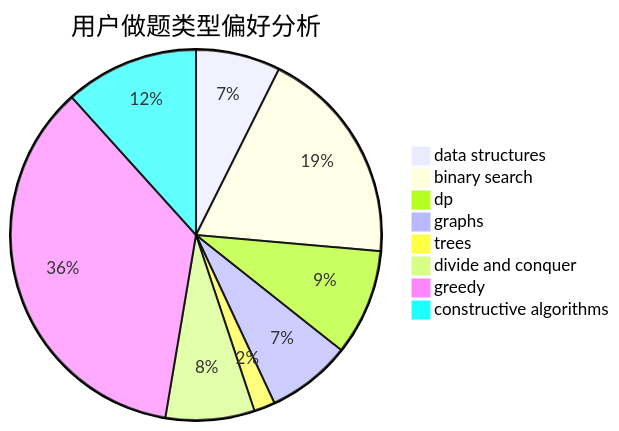
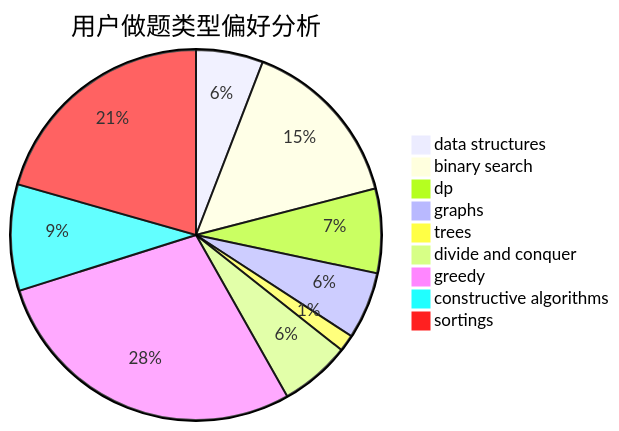
The second of 3 diagrams in docs/user/u587.md (sherpahu/cfrs.github.io), drawn with Mermaid before and after one commit. The commit also changed other lines of this file and 2769 other files, not shown here.

````diff
--- a/docs/user/u587.md
+++ b/docs/user/u587.md
@@ -23,11 +18,12 @@
 ```mermaid
 pie title 用户做题类型偏好分析
     "data structures" :  156
     "binary search" :  402
     "dp" :  196
     "graphs" :  156
     "trees" :  39
     "divide and conquer" :  164
     "greedy" :  754
     "constructive algorithms" :  247
+    "sortings" :  548
 ```
````
